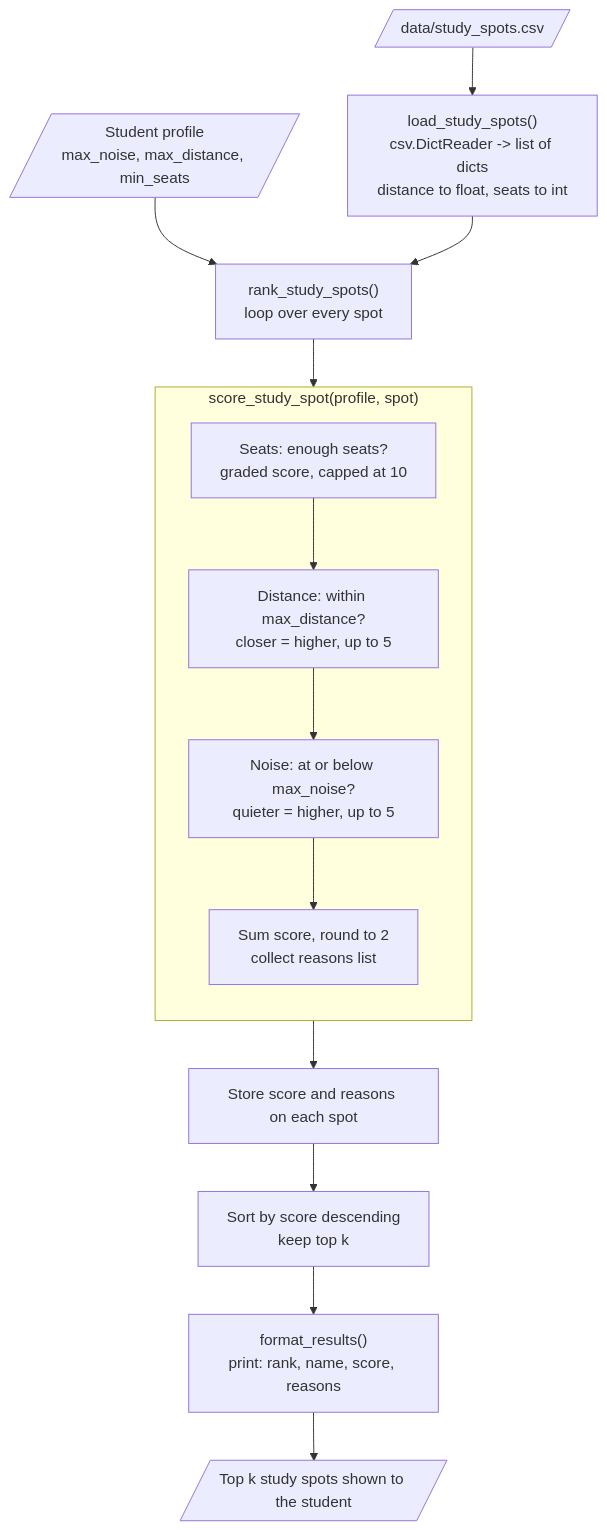
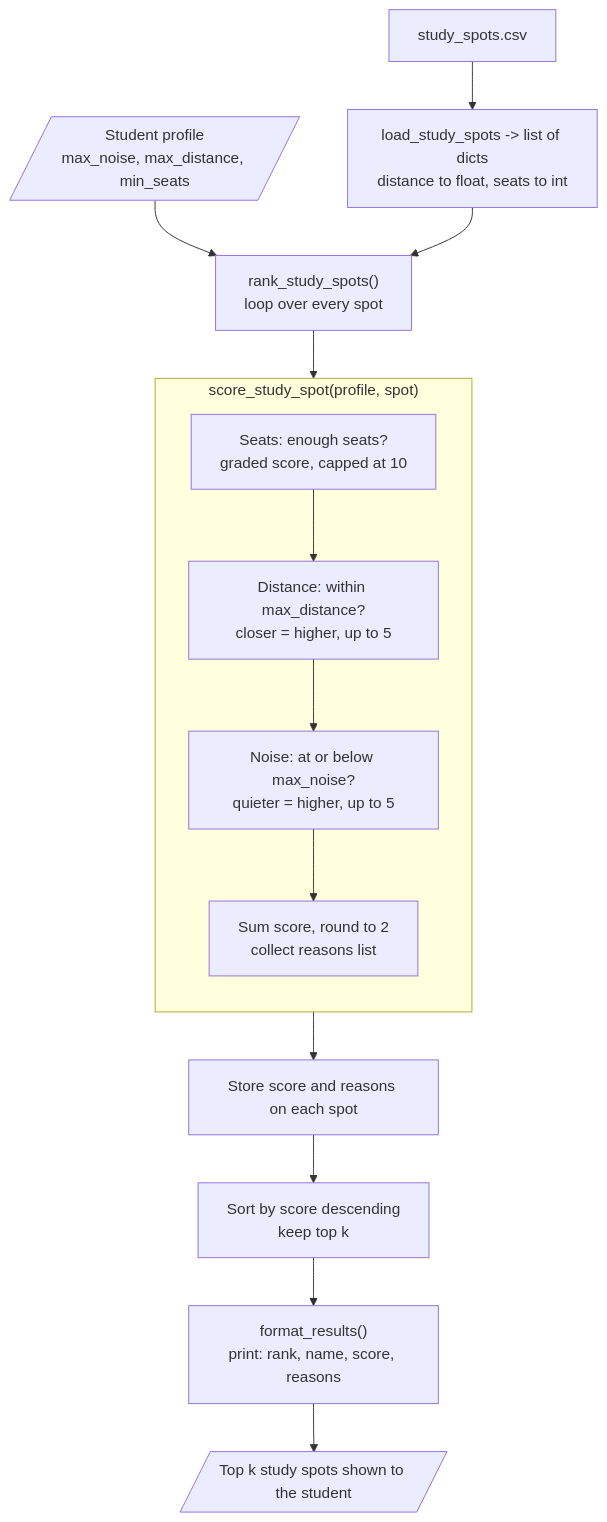
Before and after one commit to stephanyTF/ai110-tinker-studysync-starter: the diagram in diagram.mmd, drawn with Mermaid.

Commit message:
fix: removed mermaid,  triple quotes, and omitted path file (left just the file names)

````diff
--- a/diagram.mmd
+++ b/diagram.mmd
@@ -1,22 +1,20 @@
-```mermaid
 flowchart TD
-    A[/"data/study_spots.csv"/] --> B["load_study_spots()<br/>csv.DictReader -> list of dicts<br/>distance to float, seats to int"]
+    A[study_spots.csv] --> B[load_study_spots -> list of dicts<br/>distance to float, seats to int]
     P[/"Student profile<br/>max_noise, max_distance, min_seats"/] --> C
 
     B --> C["rank_study_spots()<br/>loop over every spot"]
 
     subgraph SCORE ["score_study_spot(profile, spot)"]
         direction TB
         S1["Seats: enough seats?<br/>graded score, capped at 10"]
         S2["Distance: within max_distance?<br/>closer = higher, up to 5"]
         S3["Noise: at or below max_noise?<br/>quieter = higher, up to 5"]
         S4["Sum score, round to 2<br/>collect reasons list"]
         S1 --> S2 --> S3 --> S4
     end
 
     C --> S1
     S4 --> D["Store score and reasons on each spot"]
     D --> E["Sort by score descending<br/>keep top k"]
     E --> F["format_results()<br/>print: rank, name, score, reasons"]
     F --> G[/"Top k study spots shown to the student"/]
-```
````
